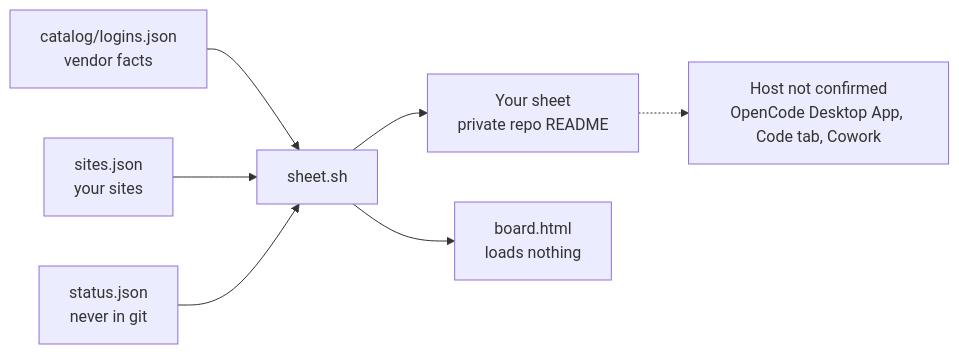
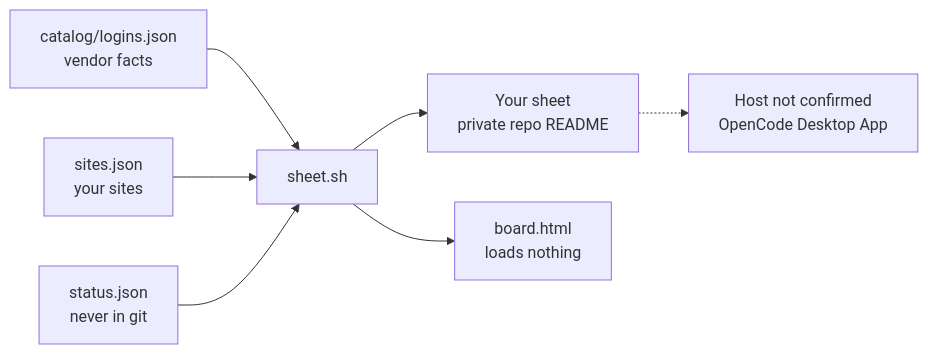
One commit to SoulCraft-Org/compute-crafter changed the diagram in guides/logins.md. Above: the diagram before and after it, drawn with Mermaid. The commit also changed other lines of this file and 63 other files, not shown here.

First line of the commit message:
Scope Compute Crafter to OpenCode and open weights only (#329)

````diff
--- a/guides/logins.md
+++ b/guides/logins.md
@@ -5,9 +5,9 @@
 ```mermaid
 flowchart LR
   C[catalog/logins.json<br/>vendor facts] --> S[sheet.sh]
   Y[sites.json<br/>your sites] --> S
   T[status.json<br/>never in git] --> S
   S --> R[Your sheet<br/>private repo README]
   S --> B[board.html<br/>loads nothing]
-  R -.-> H[Host not confirmed<br/>OpenCode Desktop App, Code tab, Cowork]
+  R -.-> H[Host not confirmed<br/>OpenCode Desktop App]
 ```
````
